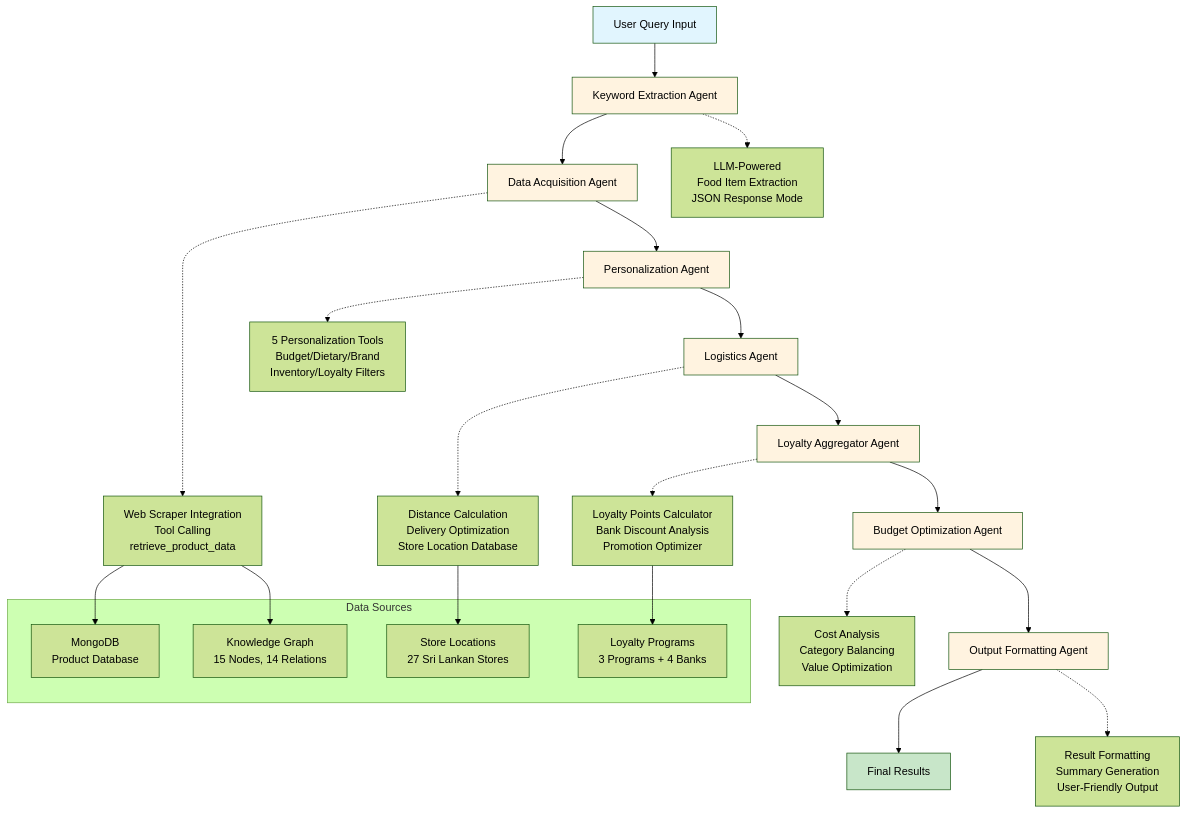
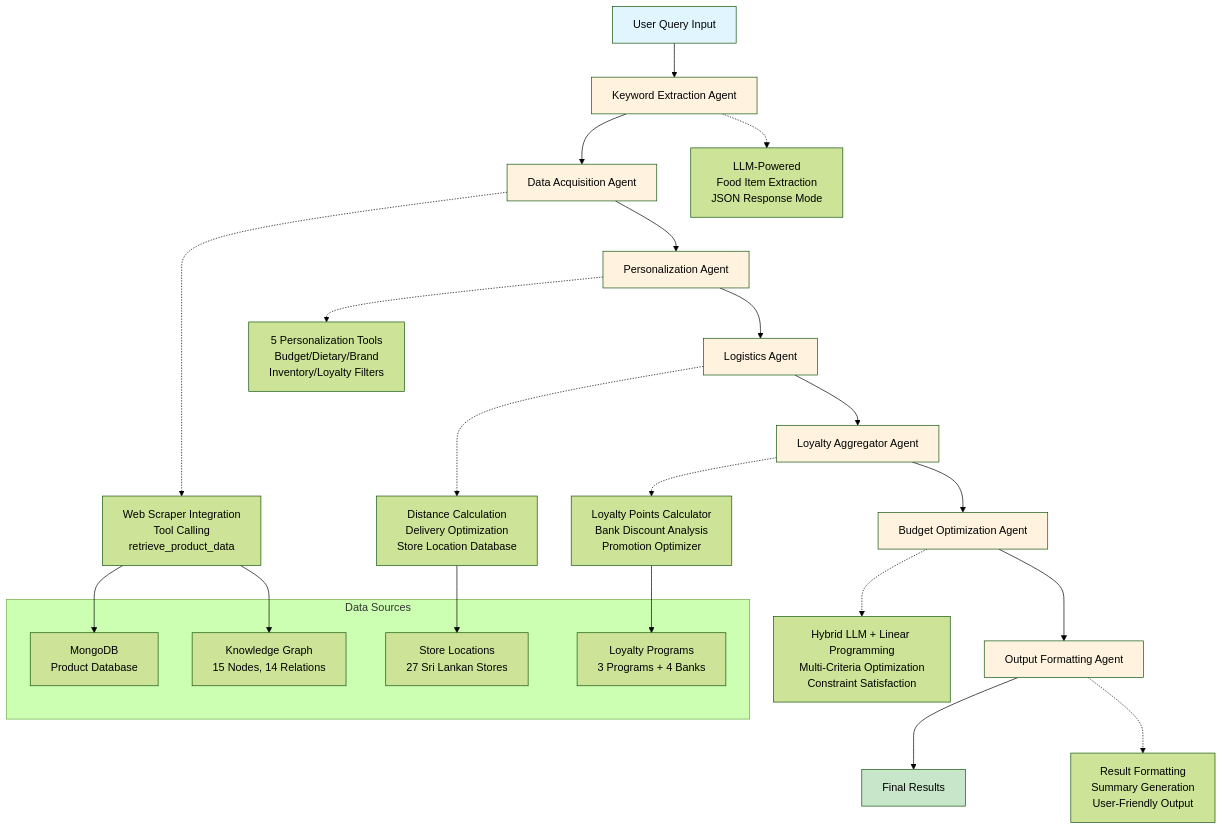
Before and after one commit to elenaokhonko-eng/Multi-Agent-AI-Grocery-Shopping-Assistant: the diagram in AGENTIC_PIPELINE_DOCUMENTATION.md, drawn with Mermaid (forest theme). The commit also changed other lines of this file, not shown here.

````diff
--- a/AGENTIC_PIPELINE_DOCUMENTATION.md
+++ b/AGENTIC_PIPELINE_DOCUMENTATION.md
@@ -12,51 +12,51 @@
 ```mermaid
 graph TD
     A[User Query Input] --> B[Keyword Extraction Agent]
     B --> C[Data Acquisition Agent]
     C --> D[Personalization Agent]
     D --> E[Logistics Agent]
     E --> F[Loyalty Aggregator Agent]
     F --> G[Budget Optimization Agent]
     G --> H[Output Formatting Agent]
     H --> I[Final Results]
 
     %% Agent Details
     B1[LLM-Powered<br/>Food Item Extraction<br/>JSON Response Mode]
     C1[Web Scraper Integration<br/>Tool Calling<br/>retrieve_product_data]
     D1[5 Personalization Tools<br/>Budget/Dietary/Brand<br/>Inventory/Loyalty Filters]
     E1[Distance Calculation<br/>Delivery Optimization<br/>Store Location Database]
     F1[Loyalty Points Calculator<br/>Bank Discount Analysis<br/>Promotion Optimizer]
-    G1[Cost Analysis<br/>Category Balancing<br/>Value Optimization]
+    G1[Hybrid LLM + Linear Programming<br/>Multi-Criteria Optimization<br/>Constraint Satisfaction]
     H1[Result Formatting<br/>Summary Generation<br/>User-Friendly Output]
 
     B -.-> B1
     C -.-> C1
     D -.-> D1
     E -.-> E1
     F -.-> F1
     G -.-> G1
     H -.-> H1
 
     %% Data Flow
     subgraph "Data Sources"
         DS1[MongoDB<br/>Product Database]
         DS2[Knowledge Graph<br/>15 Nodes, 14 Relations]
         DS3[Store Locations<br/>27 Sri Lankan Stores]
         DS4[Loyalty Programs<br/>3 Programs + 4 Banks]
     end
 
     C1 --> DS1
     C1 --> DS2
     E1 --> DS3
     F1 --> DS4
 
     style A fill:#e1f5fe
     style I fill:#c8e6c9
     style B fill:#fff3e0
     style C fill:#fff3e0
     style D fill:#fff3e0
     style E fill:#fff3e0
     style F fill:#fff3e0
     style G fill:#fff3e0
     style H fill:#fff3e0
 ```
````
